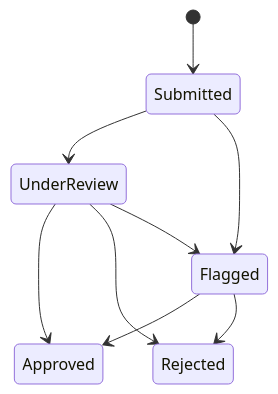
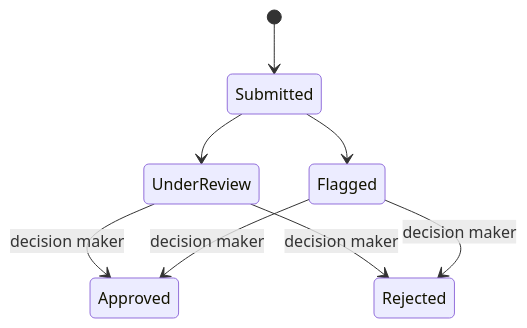
The second of 2 diagrams in apps/contracts/README.md (ganesh1997oli/Decentralized-Claims-Registry), drawn with Mermaid before and after one commit. The commit also changed other lines of this file and 64 other files, not shown here.

````diff
--- a/apps/contracts/README.md
+++ b/apps/contracts/README.md
@@ -32,11 +35,10 @@
 ```mermaid
 stateDiagram-v2
     [*] --> Submitted
     Submitted --> UnderReview
     Submitted --> Flagged
-    UnderReview --> Approved
-    UnderReview --> Rejected
-    UnderReview --> Flagged
-    Flagged --> Approved
-    Flagged --> Rejected
+    UnderReview --> Approved: decision maker
+    UnderReview --> Rejected: decision maker
+    Flagged --> Approved: decision maker
+    Flagged --> Rejected: decision maker
 ```
````
